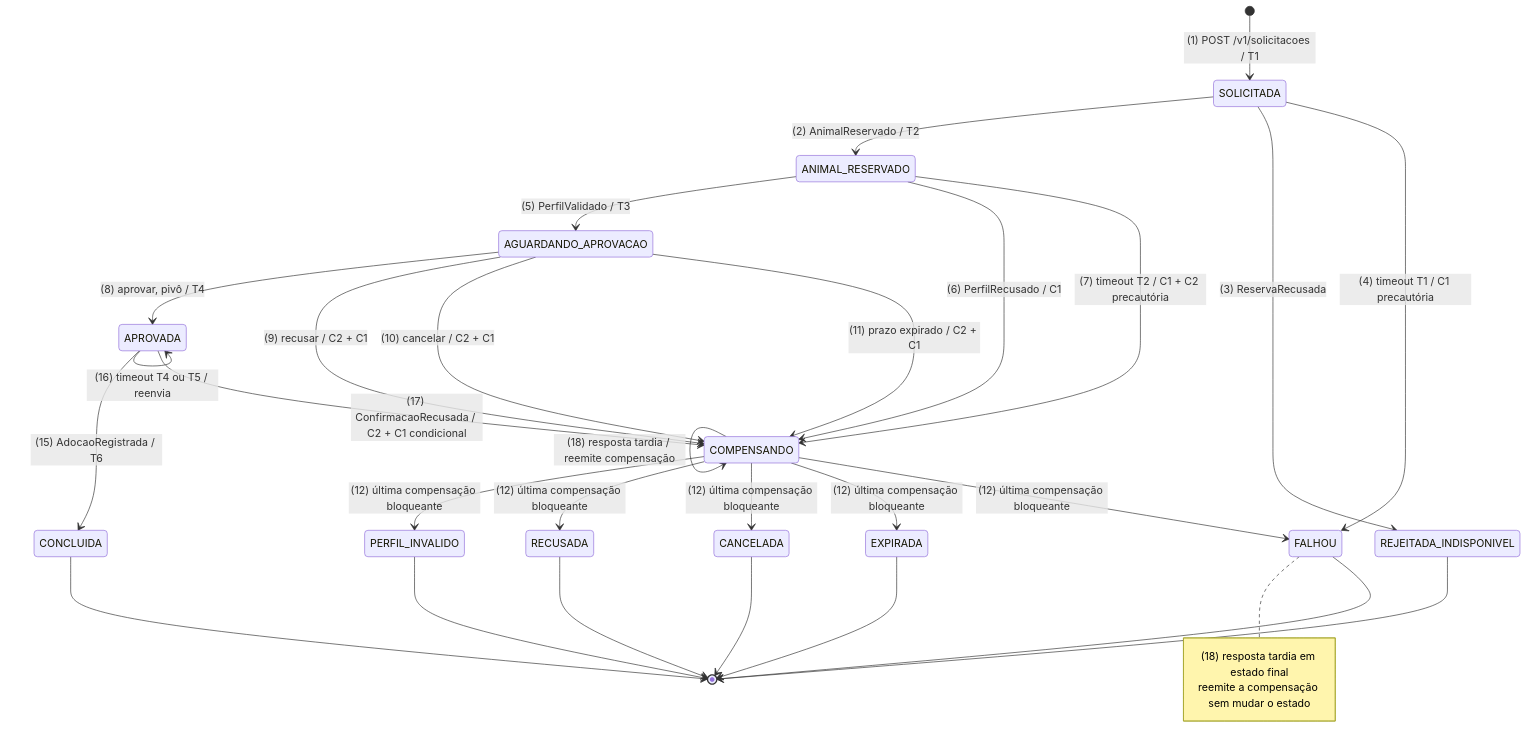
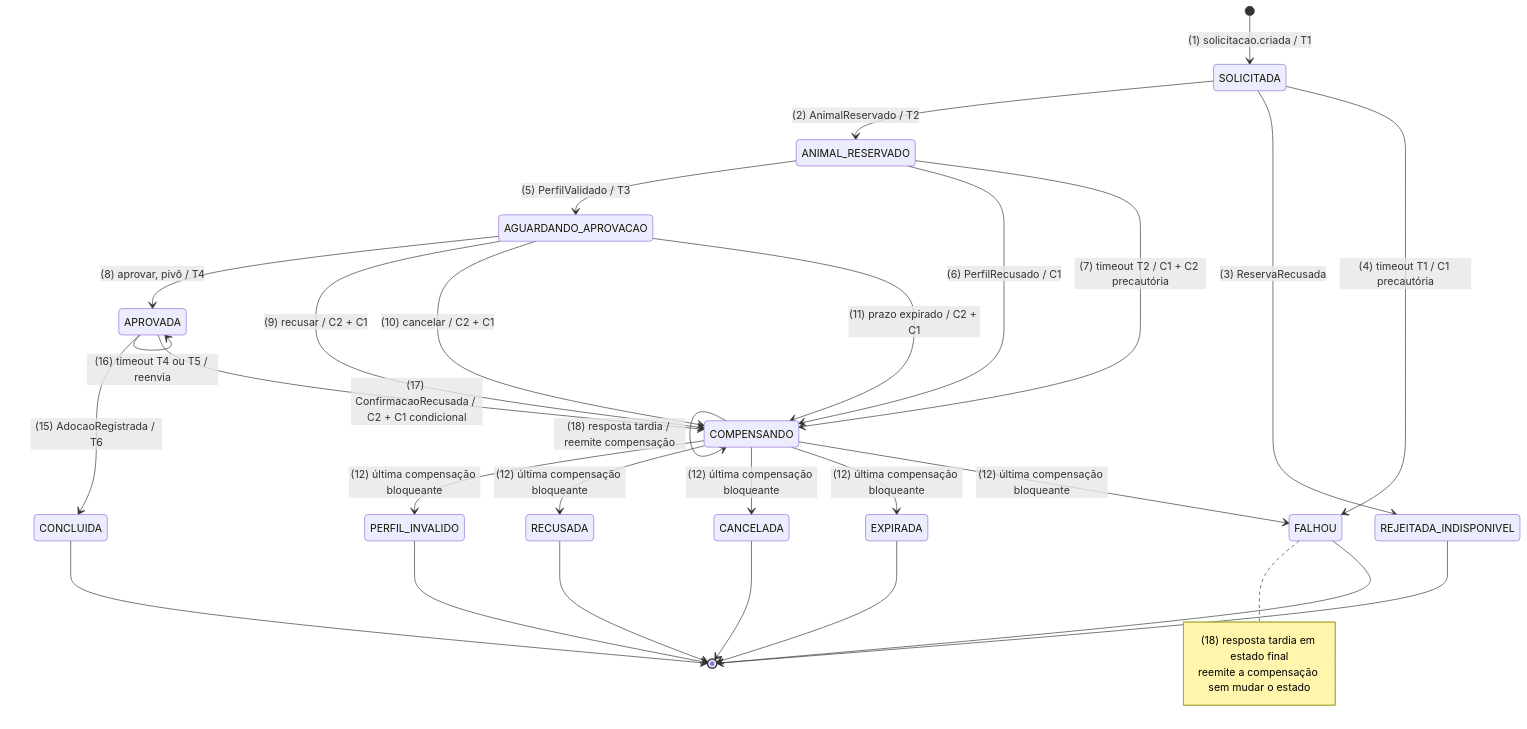
The first of 5 diagrams in docs/saga.md (gxbreus/ampara), drawn with Mermaid before and after one commit. The commit also changed other lines of this file and 6 other files, not shown here.

````diff
--- a/docs/saga.md
+++ b/docs/saga.md
@@ -18,36 +20,36 @@
 ```mermaid
 stateDiagram-v2
-    [*] --> SOLICITADA: (1) POST /v1/solicitacoes / T1
+    [*] --> SOLICITADA: (1) solicitacao.criada / T1
     SOLICITADA --> ANIMAL_RESERVADO: (2) AnimalReservado / T2
     SOLICITADA --> REJEITADA_INDISPONIVEL: (3) ReservaRecusada
     SOLICITADA --> FALHOU: (4) timeout T1 / C1 precautória
     ANIMAL_RESERVADO --> AGUARDANDO_APROVACAO: (5) PerfilValidado / T3
     ANIMAL_RESERVADO --> COMPENSANDO: (6) PerfilRecusado / C1
     ANIMAL_RESERVADO --> COMPENSANDO: (7) timeout T2 / C1 + C2 precautória
     AGUARDANDO_APROVACAO --> APROVADA: (8) aprovar, pivô / T4
     AGUARDANDO_APROVACAO --> COMPENSANDO: (9) recusar / C2 + C1
     AGUARDANDO_APROVACAO --> COMPENSANDO: (10) cancelar / C2 + C1
     AGUARDANDO_APROVACAO --> COMPENSANDO: (11) prazo expirado / C2 + C1
     APROVADA --> APROVADA: (14) AdocaoConfirmada / T5
     APROVADA --> APROVADA: (16) timeout T4 ou T5 / reenvia
     APROVADA --> CONCLUIDA: (15) AdocaoRegistrada / T6
     APROVADA --> COMPENSANDO: (17) ConfirmacaoRecusada / C2 + C1 condicional
     COMPENSANDO --> COMPENSANDO: (13) timeout de compensação / reenvia até o teto
     COMPENSANDO --> COMPENSANDO: (18) resposta tardia / reemite compensação
     COMPENSANDO --> PERFIL_INVALIDO: (12) última compensação bloqueante
     COMPENSANDO --> RECUSADA: (12) última compensação bloqueante
     COMPENSANDO --> CANCELADA: (12) última compensação bloqueante
     COMPENSANDO --> EXPIRADA: (12) última compensação bloqueante
     COMPENSANDO --> FALHOU: (12) última compensação bloqueante
     note right of FALHOU
         (18) resposta tardia em estado final
         reemite a compensação sem mudar o estado
     end note
     CONCLUIDA --> [*]
     REJEITADA_INDISPONIVEL --> [*]
     PERFIL_INVALIDO --> [*]
     RECUSADA --> [*]
     CANCELADA --> [*]
     EXPIRADA --> [*]
     FALHOU --> [*]
 ```
````
